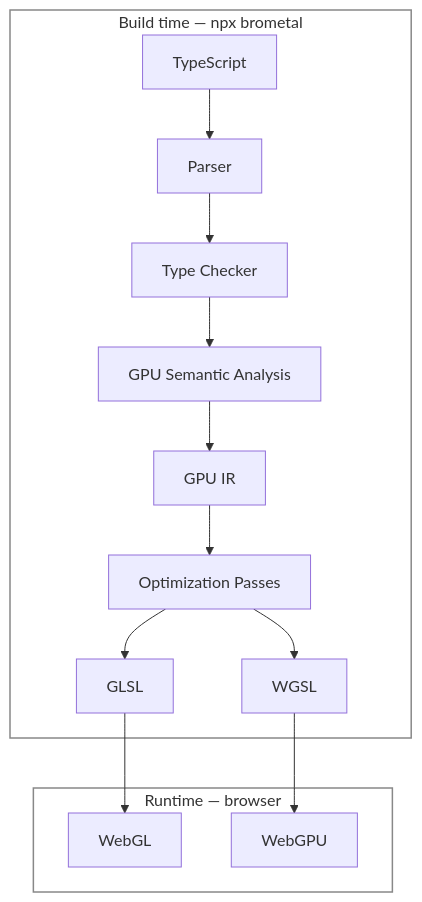
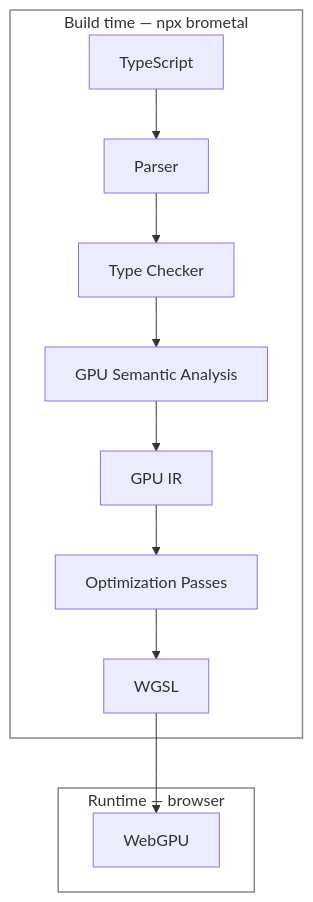
One commit to ericdrowell/brometal changed the diagram in README.md. Above: the diagram before and after it, drawn with Mermaid. The commit also changed other lines of this file and 209 other files, not shown here.

````diff
--- a/README.md
+++ b/README.md
@@ -333,20 +330,17 @@
 ```mermaid
 flowchart TD
     subgraph BUILD ["Build time — npx brometal"]
         TS[TypeScript] --> Parser
         Parser --> TC[Type Checker]
         TC --> SA[GPU Semantic Analysis]
         SA --> IR[GPU IR]
         IR --> OPT[Optimization Passes]
-        OPT --> GLSL
         OPT --> WGSL
     end
     subgraph RUN ["Runtime — browser"]
-        WebGL
         WebGPU
     end
-    GLSL --> WebGL
     WGSL --> WebGPU
     style BUILD fill:none,stroke:#888,stroke-width:1.5px
     style RUN fill:none,stroke:#888,stroke-width:1.5px
 ```
````
